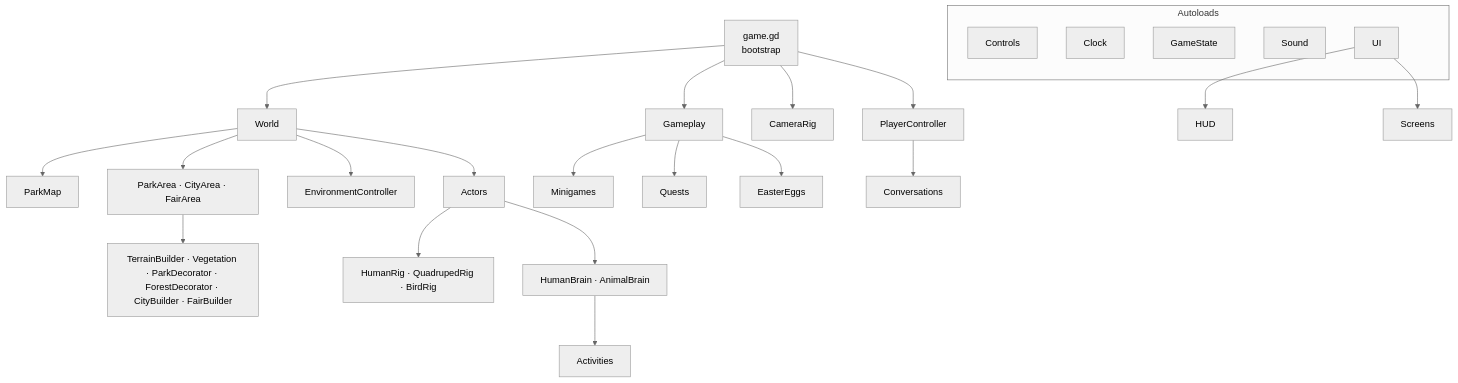
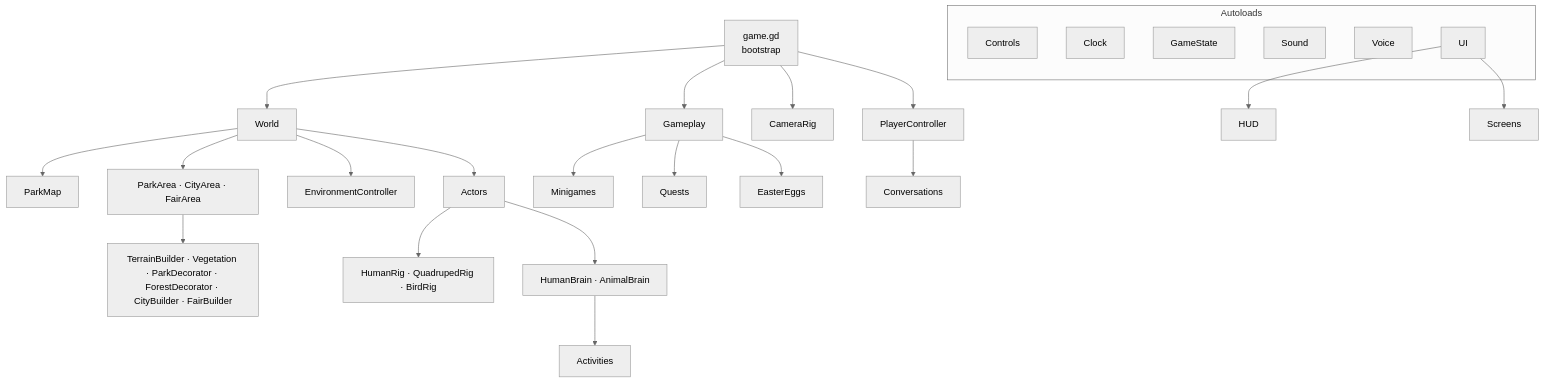
One commit to MarkDrei/Godot-Park changed the second of 6 diagrams in doc/arc42.md. Above: the diagram before and after it, drawn with Mermaid (neutral theme). The commit also changed other lines of this file and 408 other files, not shown here.

````diff
--- a/doc/arc42.md
+++ b/doc/arc42.md
@@ -91,23 +91,23 @@
 ```mermaid
 flowchart TB
   subgraph Autoloads
-    Controls; Clock; GameState; Sound; UI
+    Controls; Clock; GameState; Sound; Voice; UI
   end
   Game[game.gd<br/>bootstrap] --> World
   Game --> PlayerController
   Game --> CameraRig
   Game --> Gameplay
   World --> ParkMap
   World --> Areas[ParkArea · CityArea · FairArea]
   Areas --> Builders[TerrainBuilder · Vegetation · ParkDecorator · ForestDecorator · CityBuilder · FairBuilder]
   World --> Env[EnvironmentController]
   World --> Actors
   Actors --> Rigs[HumanRig · QuadrupedRig · BirdRig]
   Actors --> Brains[HumanBrain · AnimalBrain]
   Brains --> Activities
   Gameplay --> Minigames
   Gameplay --> Quests
   Gameplay --> EasterEggs
   PlayerController --> Conversations
   UI --> HUD & Screens
 ```
````
